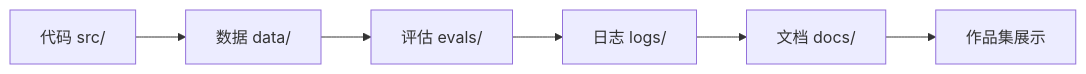
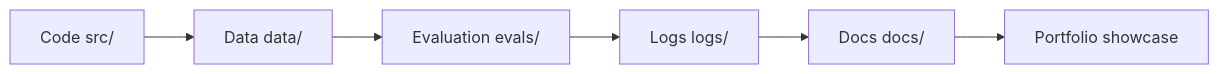
The diagram in docs/intro/ai-learning-assistant-template.md (oudbiao/AI-fullstack-course), drawn with Mermaid before and after one commit. The commit also changed other lines of this file and 1406 other files, not shown here.

````diff
--- a/docs/intro/ai-learning-assistant-template.md
+++ b/docs/intro/ai-learning-assistant-template.md
@@ -18,8 +18,8 @@
 ```mermaid
 flowchart LR
-  A["代码 src/"] --> B["数据 data/"]
-  B --> C["评估 evals/"]
-  C --> D["日志 logs/"]
-  D --> E["文档 docs/"]
-  E --> F["作品集展示"]
+  A["Code src/"] --> B["Data data/"]
+  B --> C["Evaluation evals/"]
+  C --> D["Logs logs/"]
+  D --> E["Docs docs/"]
+  E --> F["Portfolio showcase"]
 ```
````
